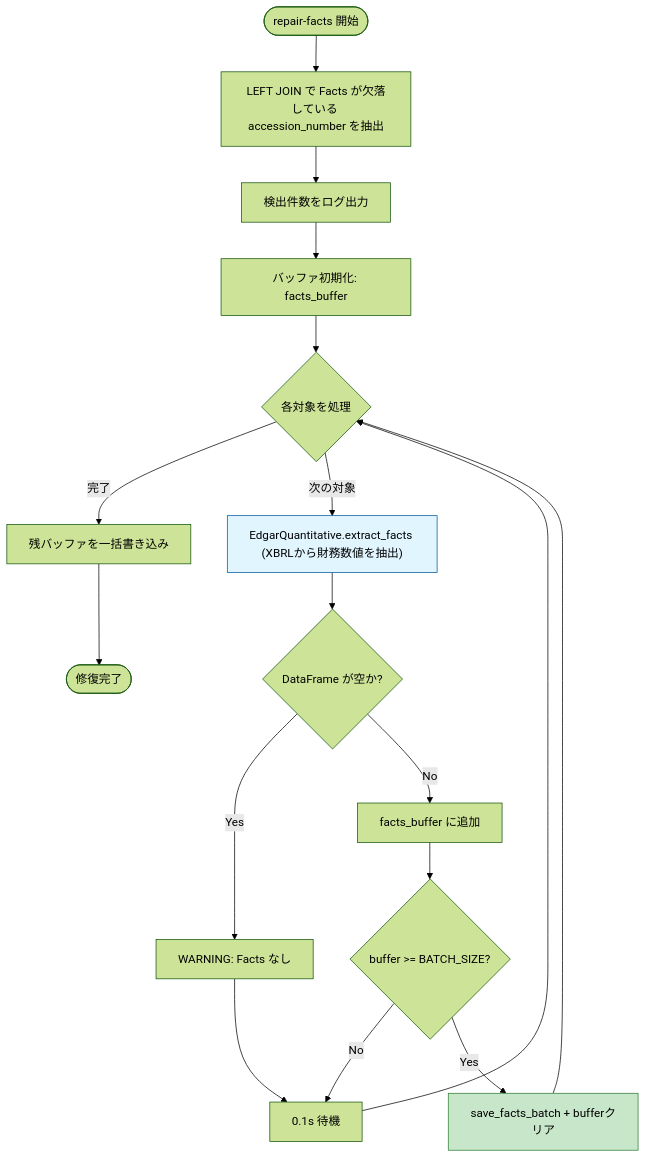
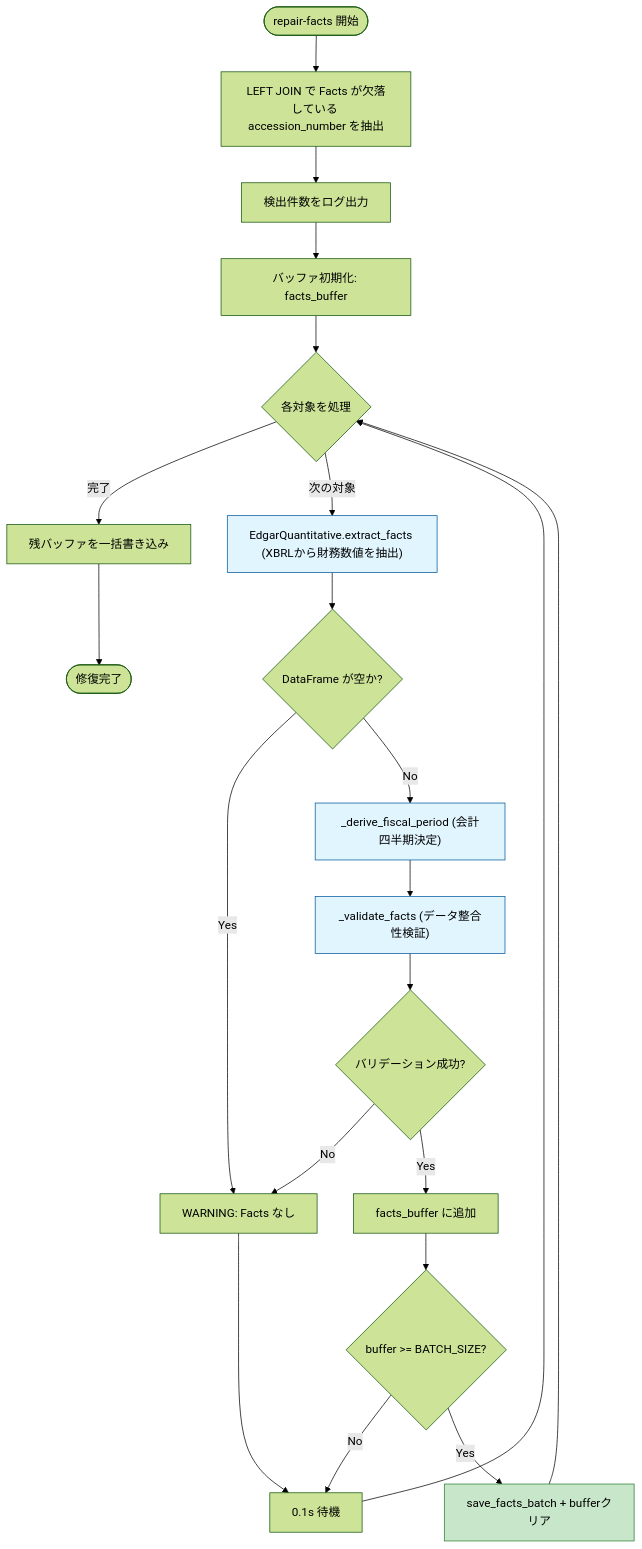
Before and after one commit to ayato-labs/ayato-finance-ecosystem: the fourth of 4 diagrams in services/edgar_provider/docs/flowchart.md, drawn with Mermaid (forest theme). The commit also changed other lines of this file, not shown here.

````diff
--- a/services/edgar_provider/docs/flowchart.md
+++ b/services/edgar_provider/docs/flowchart.md
@@ -175,27 +183,33 @@
 ```mermaid
 graph TD
     RepairStart(["repair-facts 開始"]) --> QueryGaps["LEFT JOIN で Facts が欠落している accession_number を抽出"]
     QueryGaps --> LogFound["検出件数をログ出力"]
     LogFound --> InitBuffer["バッファ初期化: facts_buffer"]
     InitBuffer --> TargetLoop{"各対象を処理"}
 
     TargetLoop -- 完了 --> FlushFinal["残バッファを一括書き込み"]
     FlushFinal --> RepairEnd(["修復完了"])
 
     TargetLoop -- 次の対象 --> ExtractFacts["EdgarQuantitative.extract_facts (XBRLから財務数値を抽出)"]
 
     ExtractFacts --> FactsEmpty{"DataFrame が空か?"}
     FactsEmpty -- Yes --> WarnNoFacts["WARNING: Facts なし"]
-    FactsEmpty -- No --> AppendBuffer["facts_buffer に追加"]
+    FactsEmpty -- No --> DerivePeriod["_derive_fiscal_period (会計四半期決定)"]
+    DerivePeriod --> ValidateFacts["_validate_facts (データ整合性検証)"]
+    ValidateFacts --> ValidCheck{"バリデーション成功?"}
+    ValidCheck -- No --> WarnNoFacts
+    ValidCheck -- Yes --> AppendBuffer["facts_buffer に追加"]
 
     AppendBuffer --> CheckBatch{"buffer >= BATCH_SIZE?"}
     CheckBatch -- No --> SleepWait["0.1s 待機"]
     CheckBatch -- Yes --> FlushBatch["save_facts_batch + bufferクリア"]
 
     SleepWait --> TargetLoop
     FlushBatch --> TargetLoop
     WarnNoFacts --> SleepWait
 
     style ExtractFacts fill:#e1f5fe,stroke:#01579b
+    style DerivePeriod fill:#e1f5fe,stroke:#01579b
+    style ValidateFacts fill:#e1f5fe,stroke:#01579b
     style FlushBatch fill:#c8e6c9,stroke:#2e7d32
 ```
````
